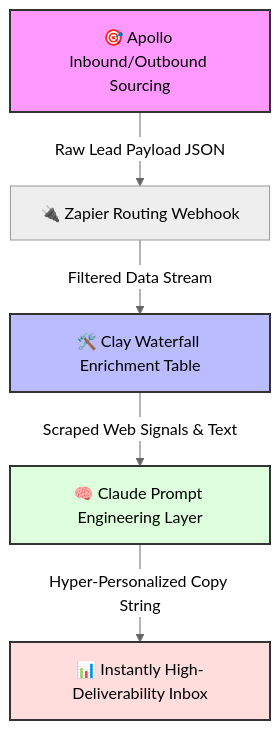
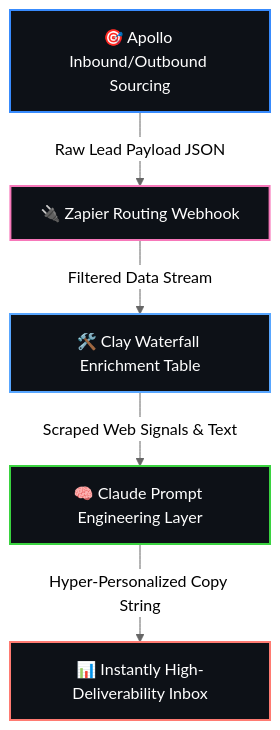
Before and after one commit to code-gtm/programmatic-gtm-intelligence-engine: the diagram in README.md, drawn with Mermaid (neutral theme). The commit also changed other lines of this file, not shown here.

````diff
--- a/README.md
+++ b/README.md
@@ -17,12 +20,15 @@
 ```mermaid
 graph TD
+    %% Define Nodes with Modern Labels
     A[🎯 Apollo Inbound/Outbound Sourcing] -->|Raw Lead Payload JSON| B[🔌 Zapier Routing Webhook]
     B -->|Filtered Data Stream| C[🛠️ Clay Waterfall Enrichment Table]
     C -->|Scraped Web Signals & Text| D[🧠 Claude Prompt Engineering Layer]
     D -->|Hyper-Personalized Copy String| E[📊 Instantly High-Deliverability Inbox]
-    
-    style A fill:#f9f,stroke:#333,stroke-width:2px
-    style C fill:#bbf,stroke:#333,stroke-width:2px
-    style D fill:#dfd,stroke:#333,stroke-width:2px
-    style E fill:#fdd,stroke:#333,stroke-width:2px
+
+    %% Advanced Structural Styling
+    style A fill:#0d1117,stroke:#388bfd,stroke-width:2px,color:#fff
+    style B fill:#0d1117,stroke:#f778ba,stroke-width:2px,color:#fff
+    style C fill:#0d1117,stroke:#58a6ff,stroke-width:2px,color:#fff
+    style D fill:#0d1117,stroke:#3ad340,stroke-width:2px,color:#fff
+    style E fill:#0d1117,stroke:#ff7b72,stroke-width:2px,color:#fff
 ```
````
